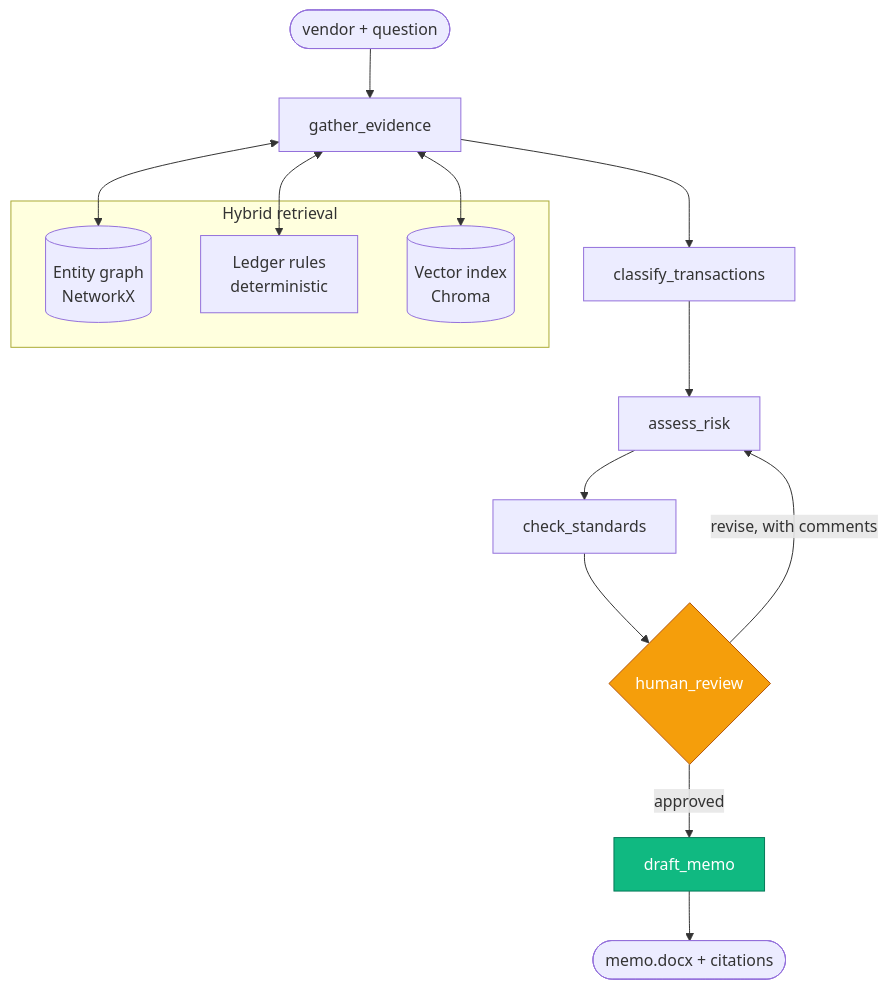
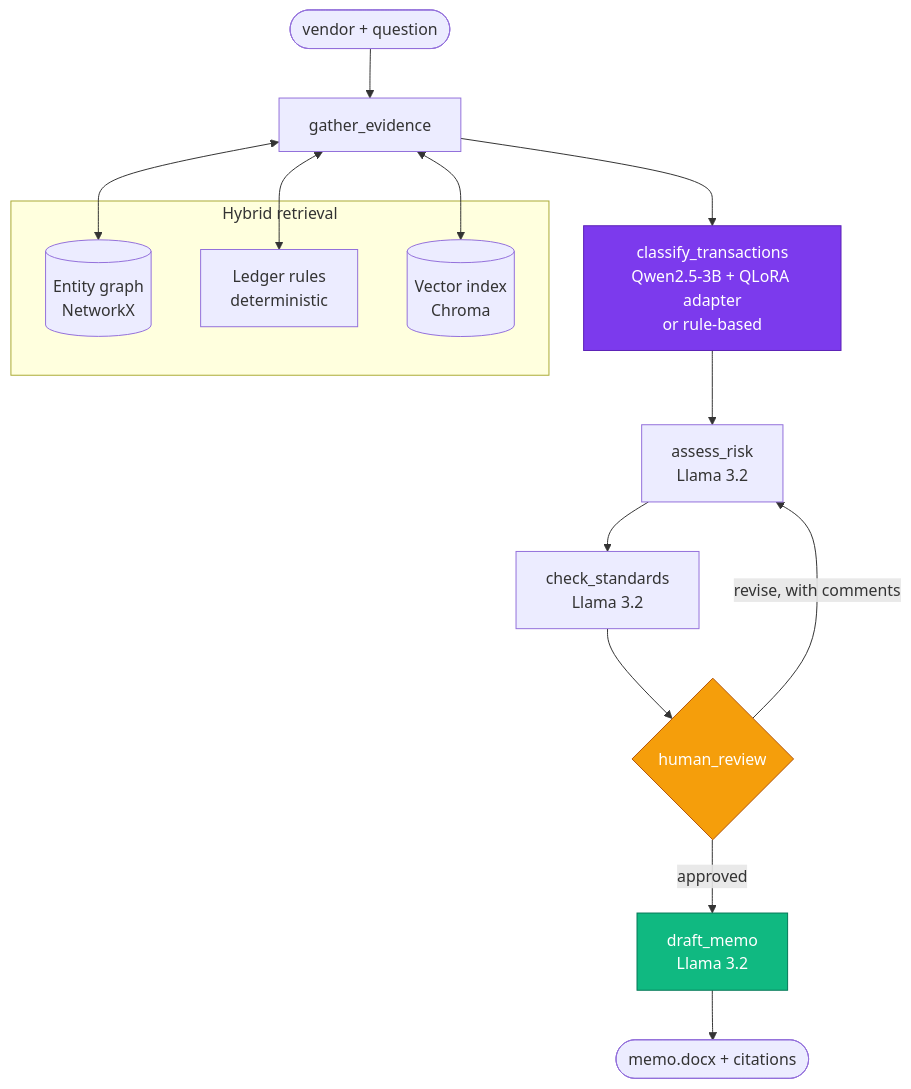
The diagram in README.md (rezatorabi13/Audit-agent), drawn with Mermaid before and after one commit. The commit also changed other lines of this file and 18 other files, not shown here.

````diff
--- a/README.md
+++ b/README.md
@@ -40,26 +59,27 @@
 ```mermaid
 flowchart TD
     START([vendor + question]) --> GE[gather_evidence]
 
     subgraph HYBRID [Hybrid retrieval]
         KG[(Entity graph<br/>NetworkX)]
         RULES[Ledger rules<br/>deterministic]
         VEC[(Vector index<br/>Chroma)]
     end
 
     GE <--> KG
     GE <--> RULES
     GE <--> VEC
 
-    GE --> CT[classify_transactions]
-    CT --> AR[assess_risk]
-    AR --> CS[check_standards]
+    GE --> CT[classify_transactions<br/>Qwen2.5-3B + QLoRA adapter<br/>or rule-based]
+    CT --> AR[assess_risk<br/>Llama 3.2]
+    AR --> CS[check_standards<br/>Llama 3.2]
     CS --> HR{human_review}
 
-    HR -->|approved| DM[draft_memo]
+    HR -->|approved| DM[draft_memo<br/>Llama 3.2]
     HR -->|revise, with comments| AR
     DM --> OUT([memo.docx + citations])
 
+    style CT fill:#7c3aed,stroke:#5b21b6,color:#fff
     style HR fill:#f59e0b,stroke:#b45309,color:#fff
     style DM fill:#10b981,stroke:#047857,color:#fff
 ```
````
